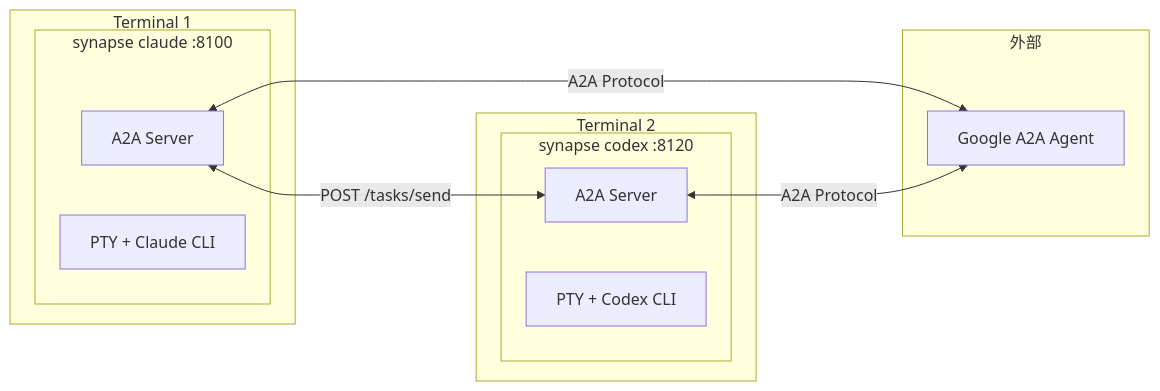
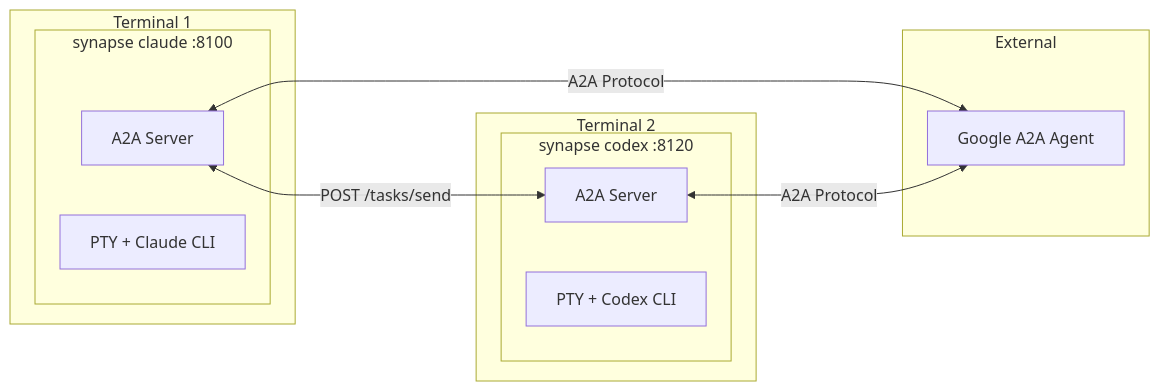
Before and after one commit to s-hiraoku/synapse-a2a: the first of 5 diagrams in README.md, drawn with Mermaid. The commit also changed other lines of this file and 1 other file, not shown here.

````diff
--- a/README.md
+++ b/README.md
@@ -30,22 +32,22 @@
 ```mermaid
 flowchart LR
     subgraph Terminal1["Terminal 1"]
         subgraph Agent1["synapse claude :8100"]
             Server1["A2A Server"]
             PTY1["PTY + Claude CLI"]
         end
     end
     subgraph Terminal2["Terminal 2"]
         subgraph Agent2["synapse codex :8120"]
             Server2["A2A Server"]
             PTY2["PTY + Codex CLI"]
         end
     end
-    subgraph External["外部"]
+    subgraph External["External"]
         ExtAgent["Google A2A Agent"]
     end
 
     Server1 <-->|"POST /tasks/send"| Server2
     Server1 <-->|"A2A Protocol"| ExtAgent
     Server2 <-->|"A2A Protocol"| ExtAgent
 ```
````
